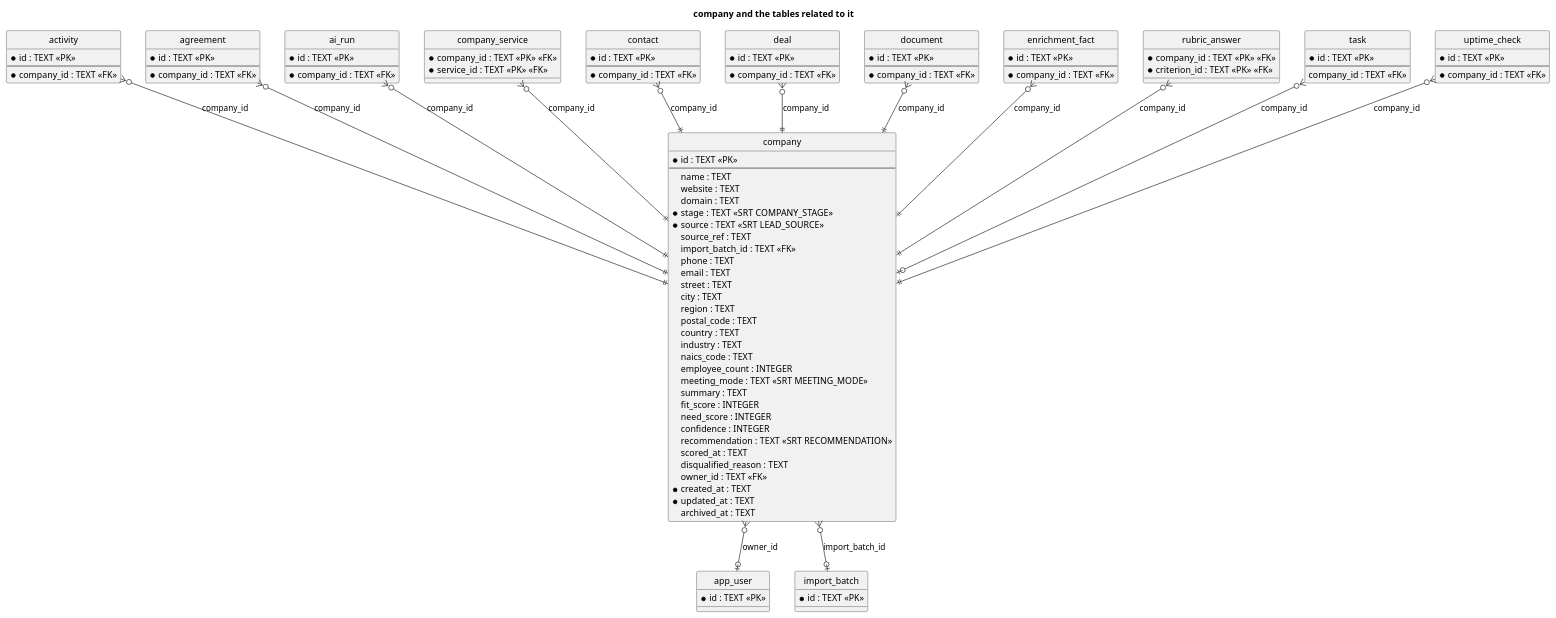
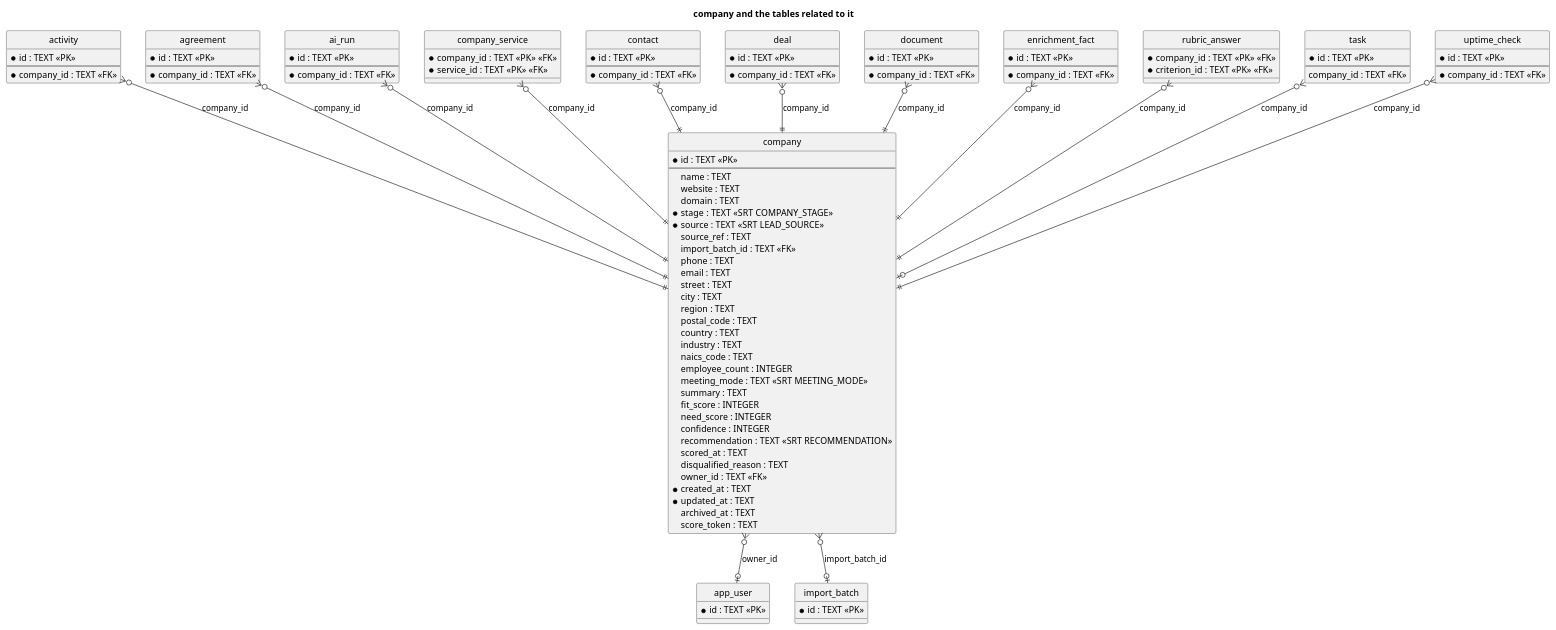
Before and after one commit to andexor/andexor-carmen-main: the diagram in doc/uml/erd-company.puml, drawn with PlantUML. The commit also changed 4 other files, not shown here.

```diff
--- a/doc/uml/erd-company.puml
+++ b/doc/uml/erd-company.puml
@@ -5,126 +5,127 @@
 @startuml erd-company
 title company and the tables related to it
 hide circle
 skinparam nodesep 40
 skinparam ranksep 60
 
 entity activity {
   * id : TEXT <<PK>>
   --
   * company_id : TEXT <<FK>>
 }
 
 entity agreement {
   * id : TEXT <<PK>>
   --
   * company_id : TEXT <<FK>>
 }
 
 entity ai_run {
   * id : TEXT <<PK>>
   --
   * company_id : TEXT <<FK>>
 }
 
 entity app_user {
   * id : TEXT <<PK>>
 }
 
 entity company {
   * id : TEXT <<PK>>
   --
     name : TEXT
     website : TEXT
     domain : TEXT
   * stage : TEXT <<SRT COMPANY_STAGE>>
   * source : TEXT <<SRT LEAD_SOURCE>>
     source_ref : TEXT
     import_batch_id : TEXT <<FK>>
     phone : TEXT
     email : TEXT
     street : TEXT
     city : TEXT
     region : TEXT
     postal_code : TEXT
     country : TEXT
     industry : TEXT
     naics_code : TEXT
     employee_count : INTEGER
     meeting_mode : TEXT <<SRT MEETING_MODE>>
     summary : TEXT
     fit_score : INTEGER
     need_score : INTEGER
     confidence : INTEGER
     recommendation : TEXT <<SRT RECOMMENDATION>>
     scored_at : TEXT
     disqualified_reason : TEXT
     owner_id : TEXT <<FK>>
   * created_at : TEXT
   * updated_at : TEXT
     archived_at : TEXT
+    score_token : TEXT
 }
 
 entity company_service {
   * company_id : TEXT <<PK>> <<FK>>
   * service_id : TEXT <<PK>> <<FK>>
 }
 
 entity contact {
   * id : TEXT <<PK>>
   --
   * company_id : TEXT <<FK>>
 }
 
 entity deal {
   * id : TEXT <<PK>>
   --
   * company_id : TEXT <<FK>>
 }
 
 entity document {
   * id : TEXT <<PK>>
   --
   * company_id : TEXT <<FK>>
 }
 
 entity enrichment_fact {
   * id : TEXT <<PK>>
   --
   * company_id : TEXT <<FK>>
 }
 
 entity import_batch {
   * id : TEXT <<PK>>
 }
 
 entity rubric_answer {
   * company_id : TEXT <<PK>> <<FK>>
   * criterion_id : TEXT <<PK>> <<FK>>
 }
 
 entity task {
   * id : TEXT <<PK>>
   --
     company_id : TEXT <<FK>>
 }
 
 entity uptime_check {
   * id : TEXT <<PK>>
   --
   * company_id : TEXT <<FK>>
 }
 
 activity }o--|| company : company_id
 agreement }o--|| company : company_id
 ai_run }o--|| company : company_id
 company }o--o| app_user : owner_id
 company }o--o| import_batch : import_batch_id
 company_service }o--|| company : company_id
 contact }o--|| company : company_id
 deal }o--|| company : company_id
 document }o--|| company : company_id
 enrichment_fact }o--|| company : company_id
 rubric_answer }o--|| company : company_id
 task }o--o| company : company_id
 uptime_check }o--|| company : company_id
 @enduml
```
